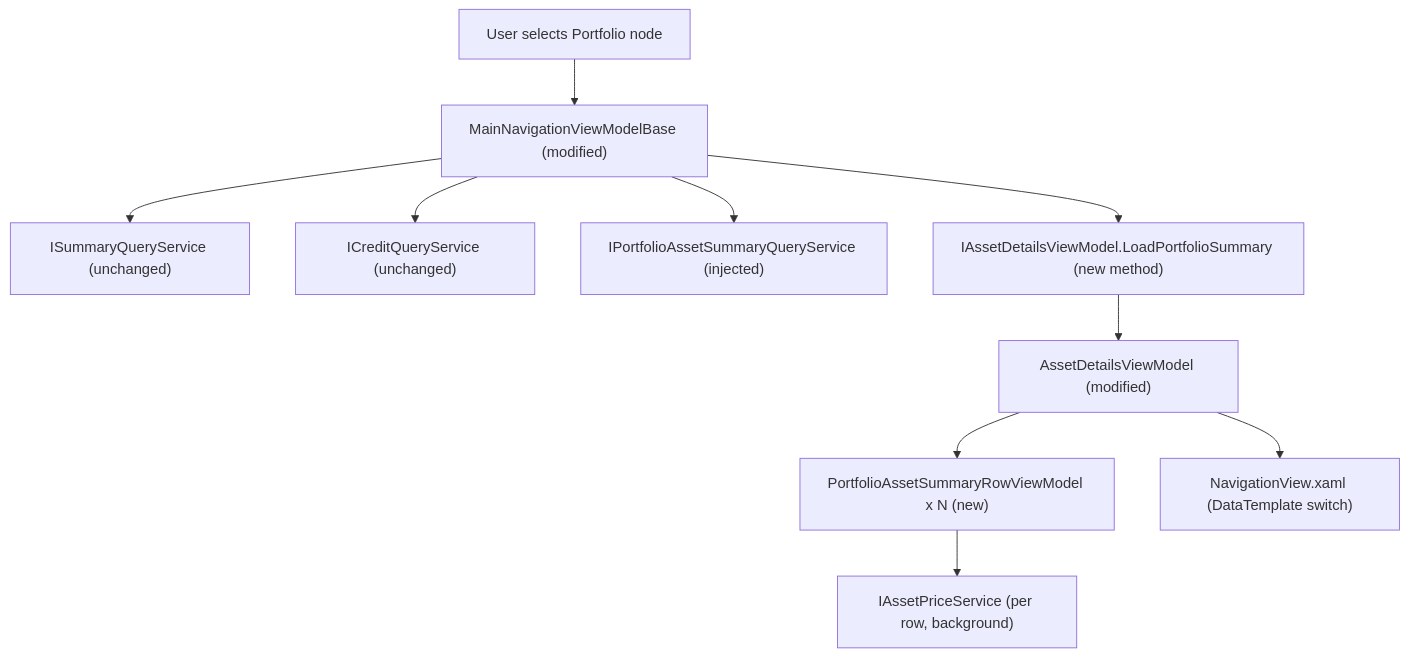
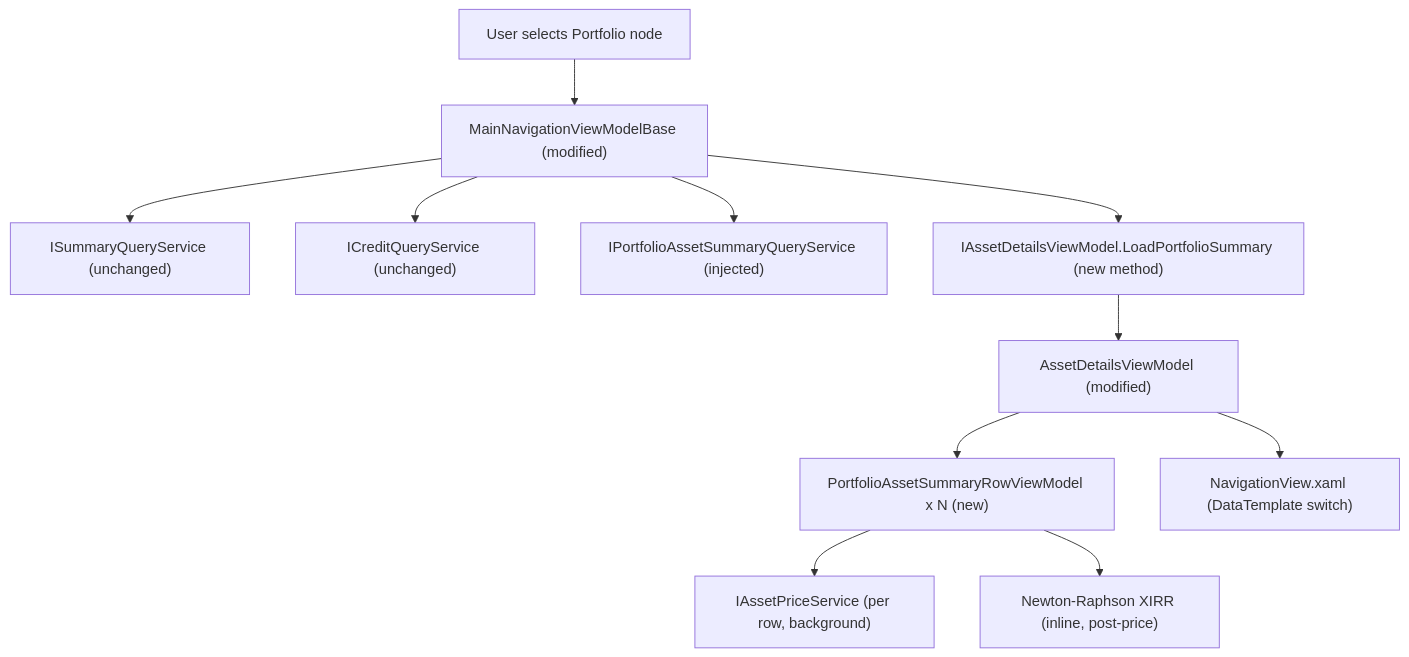
Before and after one commit to ggibellato/Financial: the diagram in docs/P02-F03-portfolio-summary-tab-wpf/spec.md, drawn with Mermaid. The commit also changed other lines of this file and 5 other files, not shown here.

````diff
--- a/docs/P02-F03-portfolio-summary-tab-wpf/spec.md
+++ b/docs/P02-F03-portfolio-summary-tab-wpf/spec.md
@@ -34,12 +35,13 @@
 ```mermaid
 graph TD
     User["User selects Portfolio node"] --> BaseVM["MainNavigationViewModelBase (modified)"]
     BaseVM --> SummaryQS["ISummaryQueryService (unchanged)"]
     BaseVM --> CreditQS["ICreditQueryService (unchanged)"]
     BaseVM --> PortfolioAssetQS["IPortfolioAssetSummaryQueryService (injected)"]
     BaseVM --> IAssetDetailsVM["IAssetDetailsViewModel.LoadPortfolioSummary (new method)"]
     IAssetDetailsVM --> AssetDetailsVM["AssetDetailsViewModel (modified)"]
     AssetDetailsVM --> RowVM["PortfolioAssetSummaryRowViewModel x N (new)"]
     RowVM --> PriceService["IAssetPriceService (per row, background)"]
+    RowVM --> XirrCalc["Newton-Raphson XIRR (inline, post-price)"]
     AssetDetailsVM --> NavXaml["NavigationView.xaml (DataTemplate switch)"]
 ```
````
